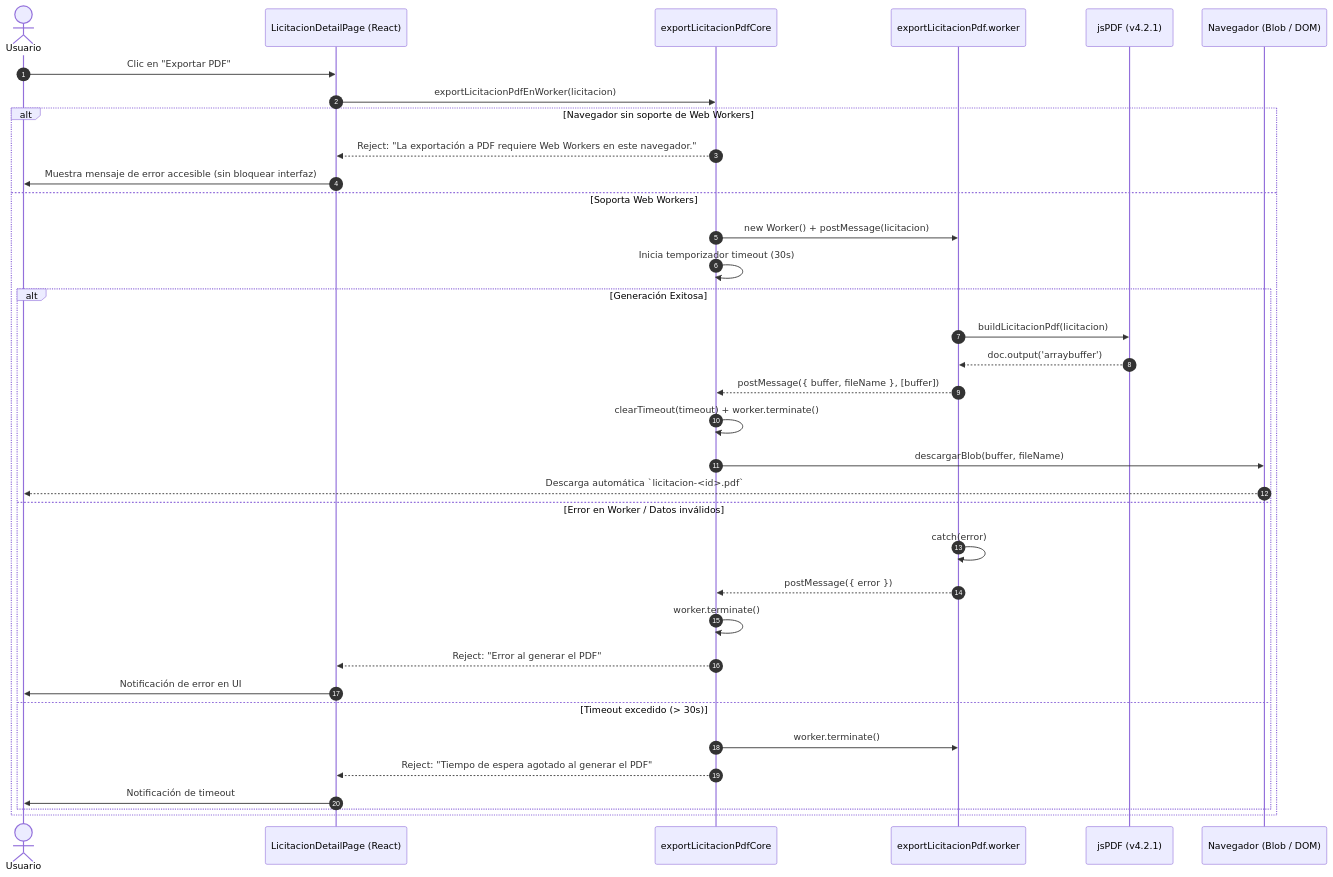
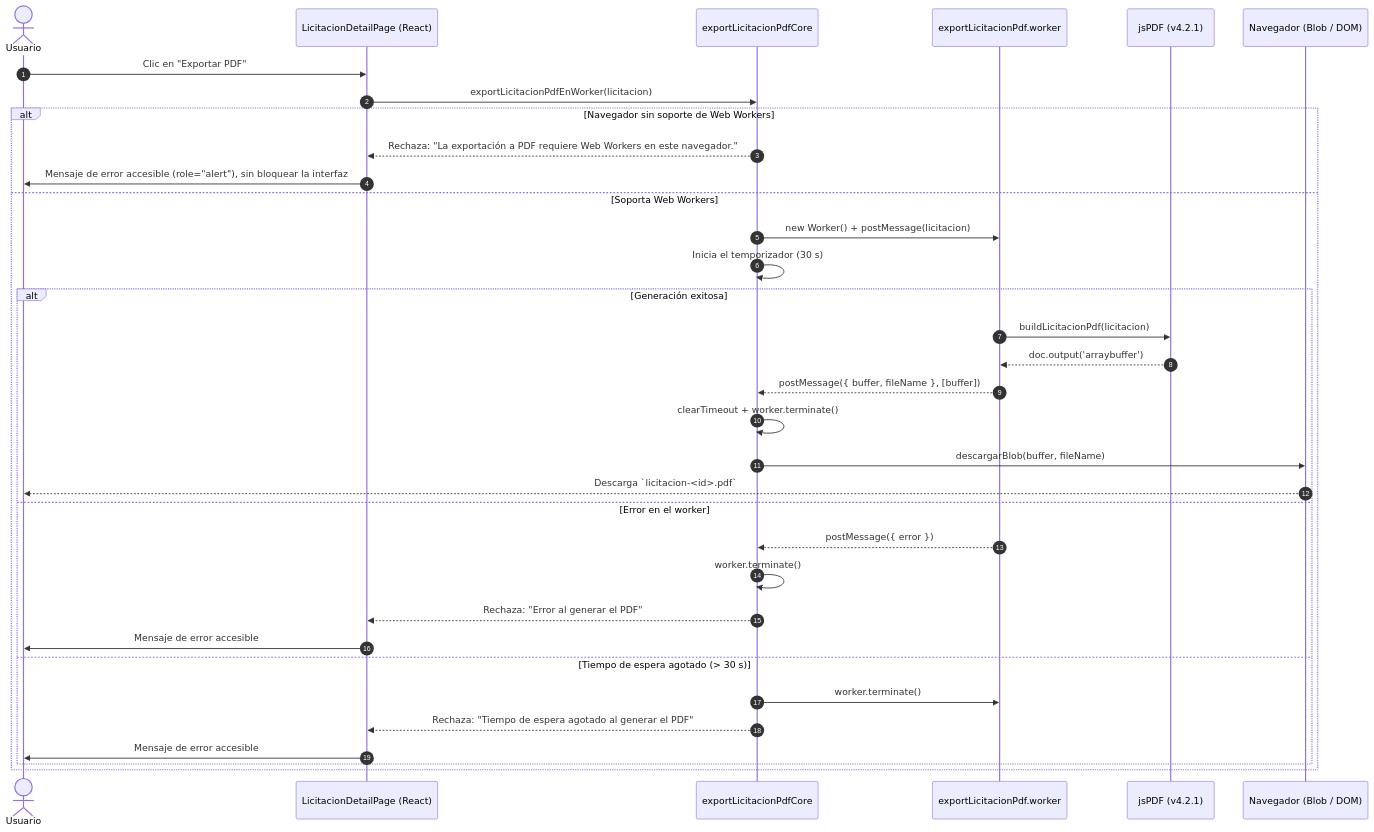
Before and after one commit to Wilson-Jara/LicitacionesUV: the diagram in docs/evidencia/export-pdf/isf224-verificacion-jspdf.md, drawn with Mermaid. The commit also changed other lines of this file and 1 other file, not shown here.

First line of the commit message:
docs(export): completa la revisión de jsPDF y prueba la dependencia (#135)

````diff
--- a/docs/evidencia/export-pdf/isf224-verificacion-jspdf.md
+++ b/docs/evidencia/export-pdf/isf224-verificacion-jspdf.md
@@ -15,40 +15,39 @@
 ```mermaid
 sequenceDiagram
     autonumber
     actor Usuario
     participant UI as LicitacionDetailPage (React)
     participant Core as exportLicitacionPdfCore
     participant Worker as exportLicitacionPdf.worker
     participant jsPDF as jsPDF (v4.2.1)
     participant Browser as Navegador (Blob / DOM)
 
     Usuario->>UI: Clic en "Exportar PDF"
     UI->>Core: exportLicitacionPdfEnWorker(licitacion)
 
     alt Navegador sin soporte de Web Workers
-        Core-->>UI: Reject: "La exportación a PDF requiere Web Workers en este navegador."
-        UI->>Usuario: Muestra mensaje de error accesible (sin bloquear interfaz)
+        Core-->>UI: Rechaza: "La exportación a PDF requiere Web Workers en este navegador."
+        UI->>Usuario: Mensaje de error accesible (role="alert"), sin bloquear la interfaz
     else Soporta Web Workers
         Core->>Worker: new Worker() + postMessage(licitacion)
-        Core->>Core: Inicia temporizador timeout (30s)
+        Core->>Core: Inicia el temporizador (30 s)
 
-        alt Generación Exitosa
+        alt Generación exitosa
             Worker->>jsPDF: buildLicitacionPdf(licitacion)
             jsPDF-->>Worker: doc.output('arraybuffer')
             Worker-->>Core: postMessage({ buffer, fileName }, [buffer])
-            Core->>Core: clearTimeout(timeout) + worker.terminate()
+            Core->>Core: clearTimeout + worker.terminate()
             Core->>Browser: descargarBlob(buffer, fileName)
-            Browser-->>Usuario: Descarga automática `licitacion-<id>.pdf`
-        else Error en Worker / Datos inválidos
-            Worker->>Worker: catch(error)
+            Browser-->>Usuario: Descarga `licitacion-<id>.pdf`
+        else Error en el worker
             Worker-->>Core: postMessage({ error })
             Core->>Core: worker.terminate()
-            Core-->>UI: Reject: "Error al generar el PDF"
-            UI->>Usuario: Notificación de error en UI
-        else Timeout excedido (> 30s)
+            Core-->>UI: Rechaza: "Error al generar el PDF"
+            UI->>Usuario: Mensaje de error accesible
+        else Tiempo de espera agotado (> 30 s)
             Core->>Worker: worker.terminate()
-            Core-->>UI: Reject: "Tiempo de espera agotado al generar el PDF"
-            UI->>Usuario: Notificación de timeout
+            Core-->>UI: Rechaza: "Tiempo de espera agotado al generar el PDF"
+            UI->>Usuario: Mensaje de error accesible
         end
     end
 ```
````
